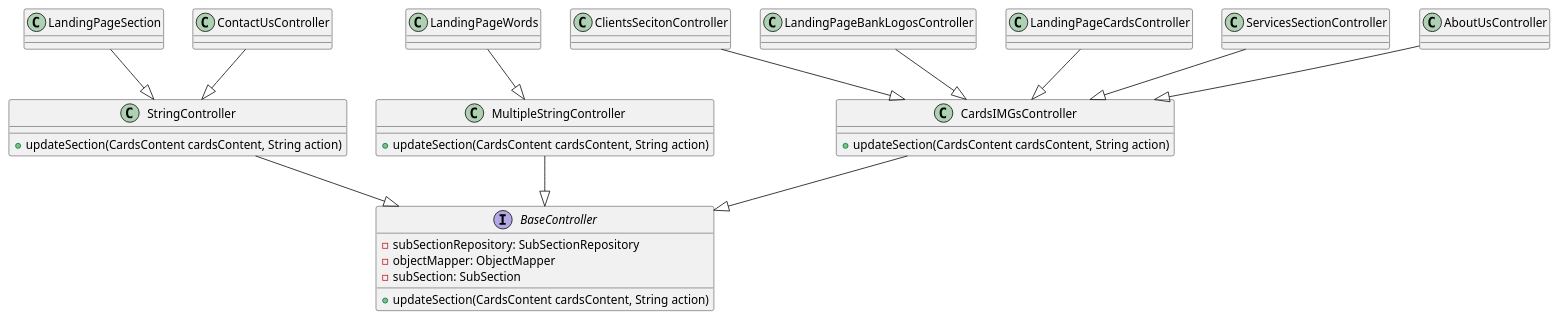
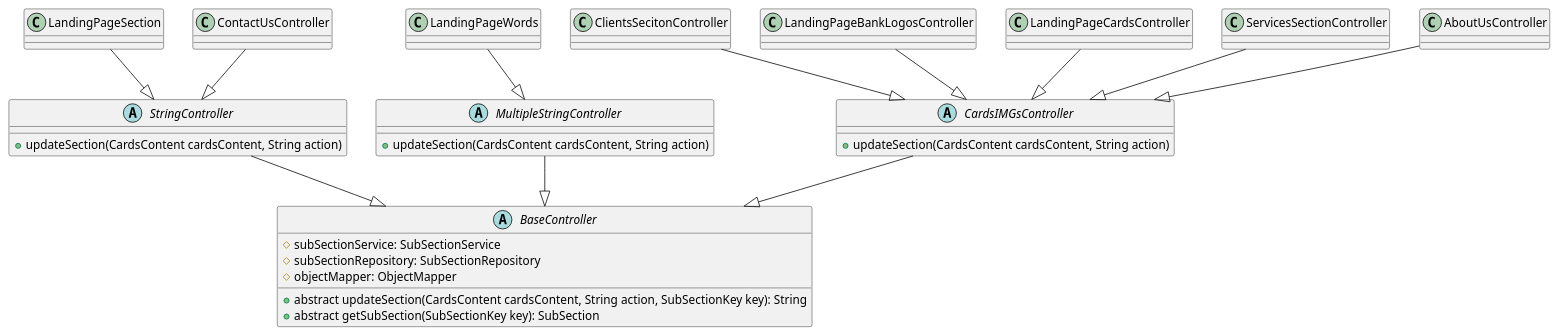
The diagram in docs/uml/cardsIMGsController.puml (aamer867/el.waleed-api), drawn with PlantUML before and after one commit. The commit also changed 7 other files, not shown here.

Commit message:
updating UML Design, updating Controller to accept TemplateMethodPattern

```diff
--- a/docs/uml/cardsIMGsController.puml
+++ b/docs/uml/cardsIMGsController.puml
@@ -1,34 +1,35 @@
 @startuml
-Interface BaseController {
-    - subSectionRepository: SubSectionRepository
-    - objectMapper: ObjectMapper
-    - subSection: SubSection
+abstract class BaseController {
+    #subSectionService: SubSectionService
+    #subSectionRepository: SubSectionRepository
+    #objectMapper: ObjectMapper
 
+    + abstract updateSection(CardsContent cardsContent, String action, SubSectionKey key): String
+    + abstract getSubSection(SubSectionKey key): SubSection
+}
+
+abstract class StringController {
     + updateSection(CardsContent cardsContent, String action)
 }
-
-class StringController {
-    + updateSection(CardsContent cardsContent, String action)
-}
-class MultipleStringController {
+abstract class MultipleStringController {
     + updateSection(CardsContent cardsContent, String action)
 }
 LandingPageWords --|> MultipleStringController
 LandingPageSection --|> StringController
 ContactUsController --|> StringController
 StringController --|> BaseController
 MultipleStringController --|> BaseController
 
-class CardsIMGsController {
+abstract class CardsIMGsController {
     + updateSection(CardsContent cardsContent, String action)
 }
 
 CardsIMGsController --|> BaseController
 
 ClientsSecitonController --|> CardsIMGsController
 LandingPageBankLogosController --|> CardsIMGsController
 LandingPageCardsController --|> CardsIMGsController
 ServicesSectionController --|> CardsIMGsController
 AboutUsController --|> CardsIMGsController
 
 @enduml
```
